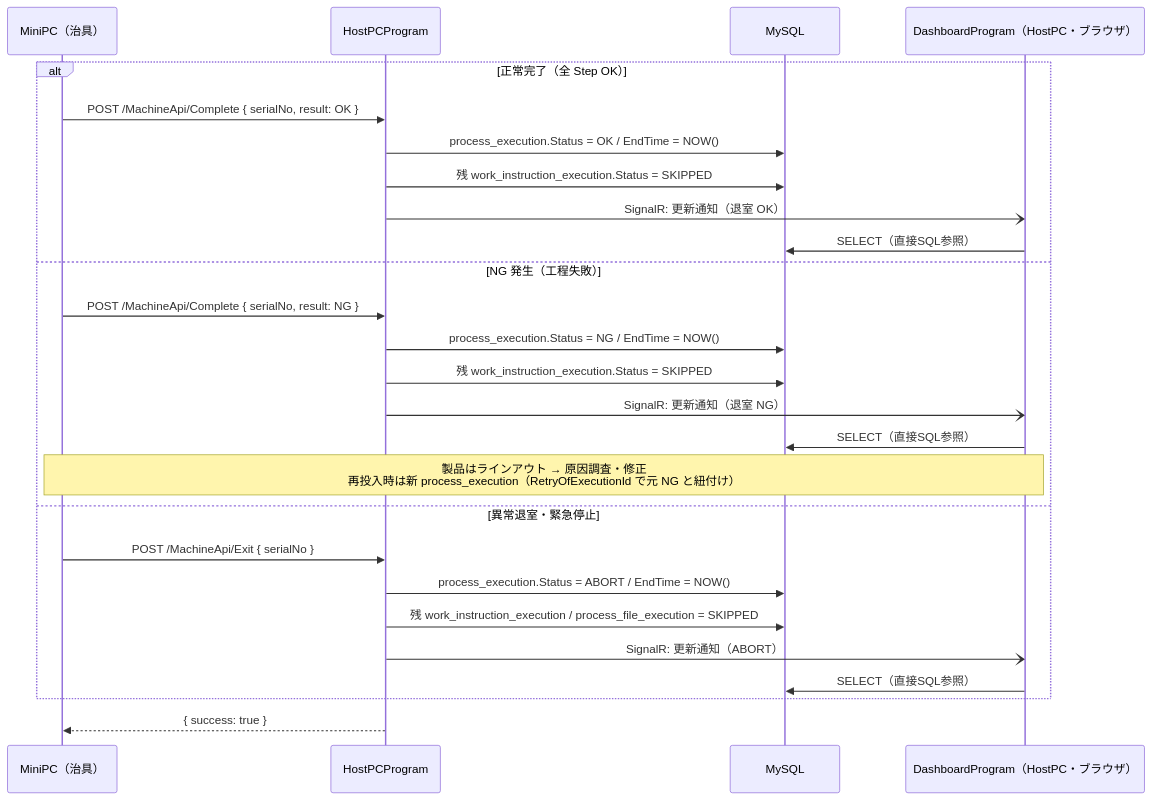
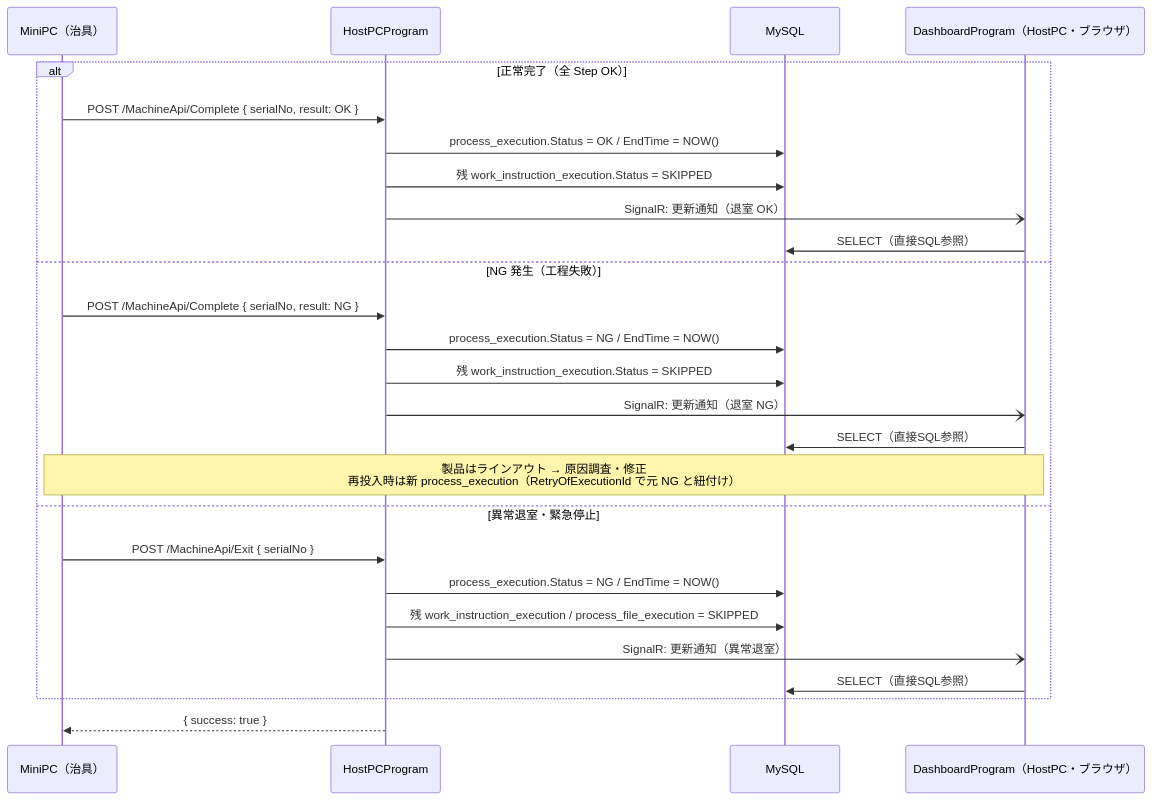
The sixth of 11 diagrams in docs/07_system_design.md (namagi14-lab/spica-warranty-design), drawn with Mermaid before and after one commit. The commit also changed other lines of this file and 5 other files, not shown here.

First line of the commit message:
Remove ABORT status from process_execution

````diff
--- a/docs/07_system_design.md
+++ b/docs/07_system_design.md
@@ -267,32 +267,32 @@
 ```mermaid
 sequenceDiagram
     participant MiniPC as MiniPC（治具）
     participant App as HostPCProgram
     participant DB as MySQL
     participant Dash as DashboardProgram（HostPC・ブラウザ）
 
     alt 正常完了（全 Step OK）
         MiniPC->>App: POST /MachineApi/Complete { serialNo, result: OK }
         App->>DB: process_execution.Status = OK / EndTime = NOW()
         App->>DB: 残 work_instruction_execution.Status = SKIPPED
         App-)Dash: SignalR: 更新通知（退室 OK）
         Dash->>DB: SELECT（直接SQL参照）
 
     else NG 発生（工程失敗）
         MiniPC->>App: POST /MachineApi/Complete { serialNo, result: NG }
         App->>DB: process_execution.Status = NG / EndTime = NOW()
         App->>DB: 残 work_instruction_execution.Status = SKIPPED
         App-)Dash: SignalR: 更新通知（退室 NG）
         Dash->>DB: SELECT（直接SQL参照）
         Note over MiniPC,Dash: 製品はラインアウト → 原因調査・修正<br/>再投入時は新 process_execution（RetryOfExecutionId で元 NG と紐付け）
 
     else 異常退室・緊急停止
         MiniPC->>App: POST /MachineApi/Exit { serialNo }
-        App->>DB: process_execution.Status = ABORT / EndTime = NOW()
+        App->>DB: process_execution.Status = NG / EndTime = NOW()
         App->>DB: 残 work_instruction_execution / process_file_execution = SKIPPED
-        App-)Dash: SignalR: 更新通知（ABORT）
+        App-)Dash: SignalR: 更新通知（異常退室）
         Dash->>DB: SELECT（直接SQL参照）
     end
 
     App-->>MiniPC: { success: true }
 ```
````
